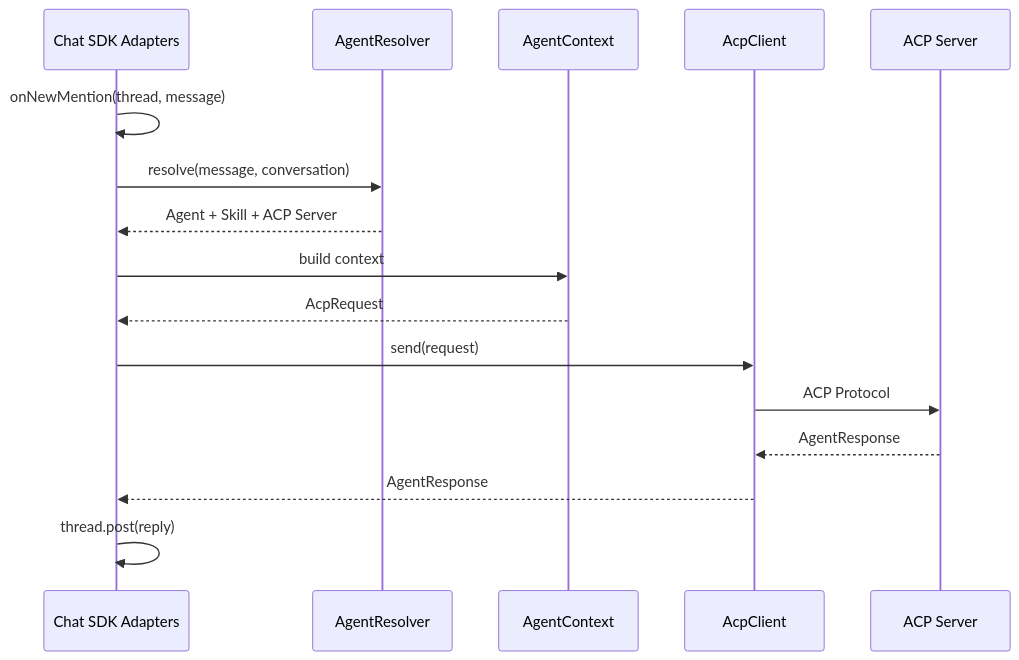
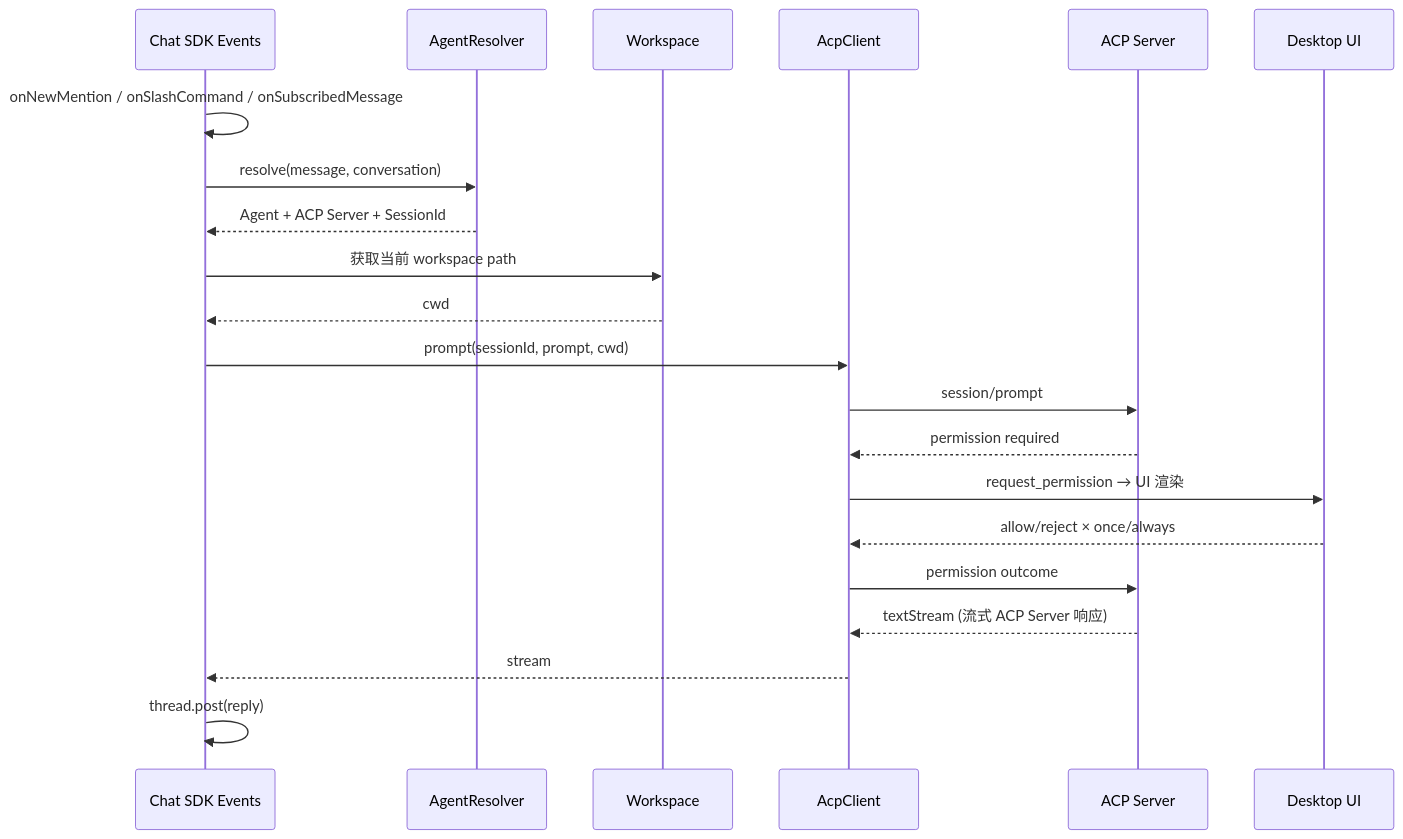
One commit to zhuxining/agentlink changed the first of 3 diagrams in docs/architecture.md. Above: the diagram before and after it, drawn with Mermaid. The commit also changed other lines of this file and 2 other files, not shown here.

First line of the commit message:
docs: 全面重构架构文档和产品蓝图

````diff
--- a/docs/architecture.md
+++ b/docs/architecture.md
@@ -118,19 +198,24 @@
 ```mermaid
 sequenceDiagram
-    participant AD as Chat SDK Adapters
+    participant SDK as Chat SDK Events
     participant AR as AgentResolver
-    participant ACX as AgentContext
+    participant WS as Workspace
     participant ACP as AcpClient
     participant AS as ACP Server
+    participant UI as Desktop UI
 
-    AD->>AD: onNewMention(thread, message)
-    AD->>AR: resolve(message, conversation)
-    AR-->>AD: Agent + Skill + ACP Server
-    AD->>ACX: build context
-    ACX-->>AD: AcpRequest
-    AD->>ACP: send(request)
-    ACP->>AS: ACP Protocol
-    AS-->>ACP: AgentResponse
-    ACP-->>AD: AgentResponse
-    AD->>AD: thread.post(reply)
+    SDK->>SDK: onNewMention / onSlashCommand / onSubscribedMessage
+    SDK->>AR: resolve(message, conversation)
+    AR-->>SDK: Agent + ACP Server + SessionId
+    SDK->>WS: 获取当前 workspace path
+    WS-->>SDK: cwd
+    SDK->>ACP: prompt(sessionId, prompt, cwd)
+    ACP->>AS: session/prompt
+    AS-->>ACP: permission required
+    ACP->>UI: request_permission → UI 渲染
+    UI-->>ACP: allow/reject × once/always
+    ACP->>AS: permission outcome
+    AS-->>ACP: textStream (流式 ACP Server 响应)
+    ACP-->>SDK: stream
+    SDK->>SDK: thread.post(reply)
 ```
````
